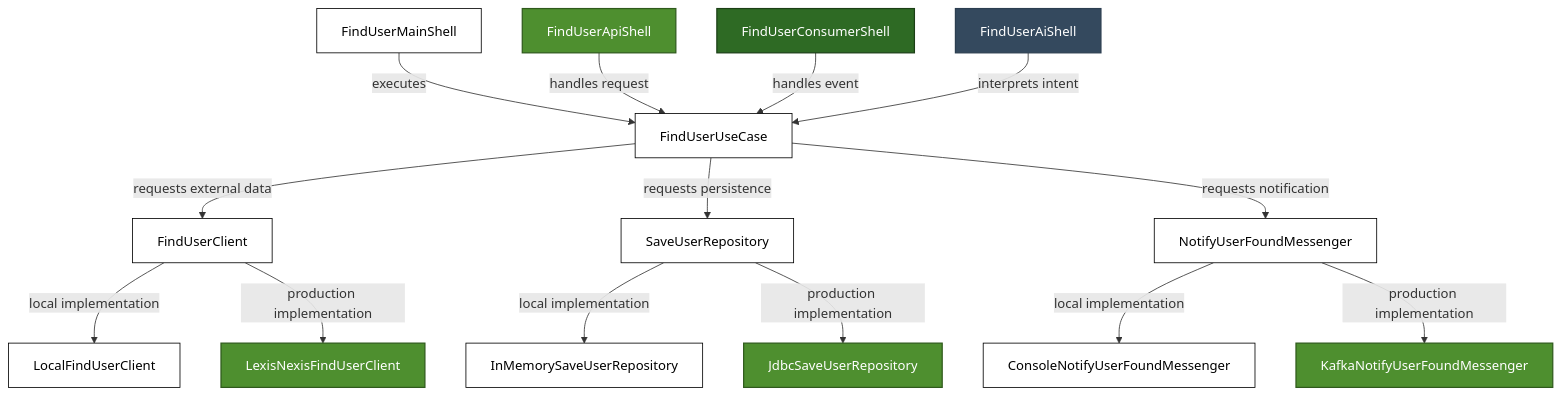
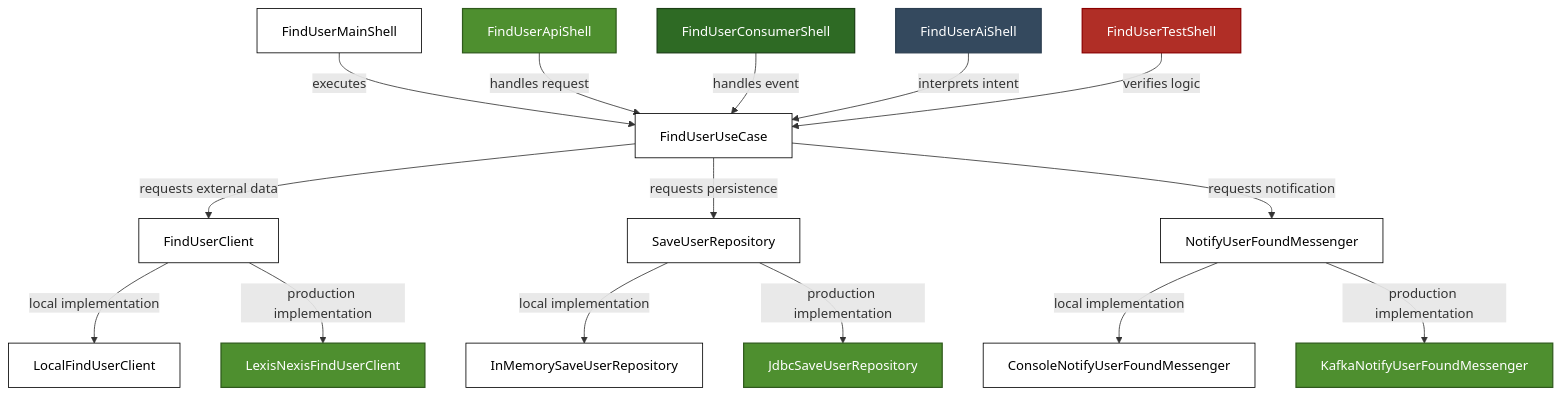
Before and after one commit to hermi-projects/hermi: the diagram in README.md, drawn with Mermaid.

Commit message:
docs: Add TestShell.

````diff
--- a/README.md
+++ b/README.md
@@ -561,43 +561,48 @@
 ```mermaid
 graph TD
     %% Main Shell
     A[FindUserMainShell] -->|executes| U[FindUserUseCase]
 
     %% API Shell
     B[FindUserApiShell] -->|handles request| U
 
     %% Consumer Shell
     C[FindUserConsumerShell] -->|handles event| U
 
     %% AI Shell (New Entry Point)
     D_AI[FindUserAiShell] -->|interprets intent| U
 
+    %% JUnit Shell
+    E_JUnit[FindUserTestShell] -->|verifies logic| U
+    
     %% Use Case -> Contracts
     U -->|requests external data| D[FindUserClient]
     U -->|requests persistence| E[SaveUserRepository]
     U -->|requests notification| F[NotifyUserFoundMessenger]
 
     %% Local Implementations
     D -->|local implementation| G[LocalFindUserClient]
     E -->|local implementation| H[InMemorySaveUserRepository]
     F -->|local implementation| I[ConsoleNotifyUserFoundMessenger]
 
     %% Production Implementations
     D -->|production implementation| J[LexisNexisFindUserClient]
     E -->|production implementation| K[JdbcSaveUserRepository]
     F -->|production implementation| L[KafkaNotifyUserFoundMessenger]
 
     %% Styling
     classDef local fill:#FFFFFF,color:#000000,stroke:#000000,stroke-width:1px
     classDef api fill:#4E8F2F,color:#FFFFFF,stroke:#2F5A1C,stroke-width:1.5px
     classDef consumer fill:#2E6A24,color:#FFFFFF,stroke:#1B3F15,stroke-width:1.5px
     classDef ai fill:#34495E,color:#FFFFFF,stroke:#2C3E50,stroke-width:1.5px
+    classDef test fill:#B02E26,color:#FFFFFF,stroke:#8B0000,stroke-width:1.5px
     classDef core fill:#FFFFFF,color:#000000,stroke:#000000,stroke-width:1px
 
     %% Assign classes
     class A,G,H,I local
     class B,J,K,L api
     class C consumer
     class D_AI ai
+    class E_JUnit test
     class U,D,E,F core
 ```
````
